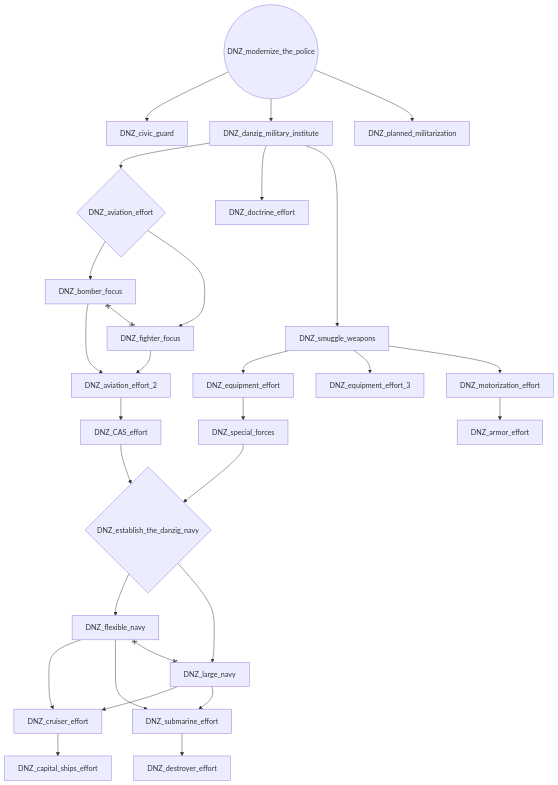
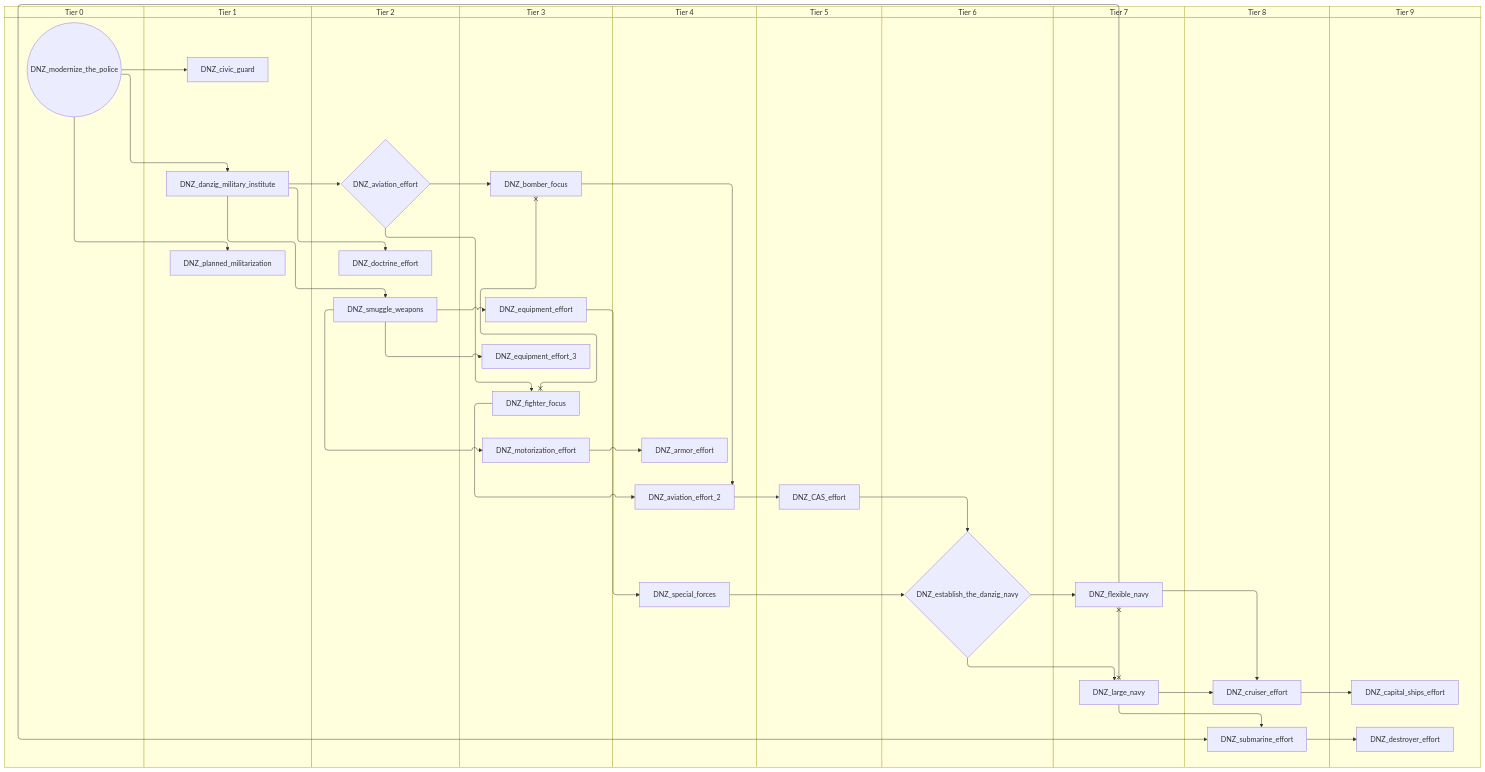
Before and after one commit to evgeny-sobol/hoi4-sandbox-mode-r56: the third of 3 diagrams in docs/gdd/National Focuses/Danzig.md, drawn with Mermaid. The commit also changed other lines of this file and 423 other files, not shown here.

First line of the commit message:
Re-export Rt56 focus trees as swimlane diagrams

````diff
--- a/docs/gdd/National Focuses/Danzig.md
+++ b/docs/gdd/National Focuses/Danzig.md
@@ -55,54 +79,74 @@
 ```mermaid
-flowchart TD
-    n20["DNZ_CAS_effort"]
-    n21["DNZ_armor_effort"]
-    n22{"DNZ_aviation_effort"}
-    n23["DNZ_aviation_effort_2"]
-    n24["DNZ_bomber_focus"]
-    n25["DNZ_capital_ships_effort"]
-    n26["DNZ_civic_guard"]
-    n27["DNZ_cruiser_effort"]
-    n28["DNZ_danzig_military_institute"]
-    n29["DNZ_destroyer_effort"]
-    n30["DNZ_doctrine_effort"]
-    n31["DNZ_equipment_effort"]
-    n32["DNZ_equipment_effort_3"]
-    n33{"DNZ_establish_the_danzig_navy"}
-    n34["DNZ_fighter_focus"]
-    n35["DNZ_flexible_navy"]
-    n36["DNZ_large_navy"]
-    n37(("DNZ_modernize_the_police"))
-    n38["DNZ_motorization_effort"]
-    n39["DNZ_planned_militarization"]
-    n40["DNZ_smuggle_weapons"]
-    n41["DNZ_special_forces"]
-    n42["DNZ_submarine_effort"]
-    n23 --> n20
-    n38 --> n21
-    n28 --> n22
-    n24 --> n23
-    n34 --> n23
+swimlane-beta TD
+    subgraph tier_0["Tier 0"]
+        n20(("DNZ_modernize_the_police"))
+    end
+    subgraph tier_1["Tier 1"]
+        n21["DNZ_civic_guard"]
+        n22["DNZ_danzig_military_institute"]
+        n23["DNZ_planned_militarization"]
+    end
+    subgraph tier_2["Tier 2"]
+        n24{"DNZ_aviation_effort"}
+        n25["DNZ_doctrine_effort"]
+        n26["DNZ_smuggle_weapons"]
+    end
+    subgraph tier_3["Tier 3"]
+        n27["DNZ_bomber_focus"]
+        n28["DNZ_equipment_effort"]
+        n29["DNZ_equipment_effort_3"]
+        n30["DNZ_fighter_focus"]
+        n31["DNZ_motorization_effort"]
+    end
+    subgraph tier_4["Tier 4"]
+        n32["DNZ_armor_effort"]
+        n33["DNZ_aviation_effort_2"]
+        n34["DNZ_special_forces"]
+    end
+    subgraph tier_5["Tier 5"]
+        n35["DNZ_CAS_effort"]
+    end
+    subgraph tier_6["Tier 6"]
+        n36{"DNZ_establish_the_danzig_navy"}
+    end
+    subgraph tier_7["Tier 7"]
+        n37["DNZ_flexible_navy"]
+        n38["DNZ_large_navy"]
+    end
+    subgraph tier_8["Tier 8"]
+        n39["DNZ_cruiser_effort"]
+        n40["DNZ_submarine_effort"]
+    end
+    subgraph tier_9["Tier 9"]
+        n41["DNZ_capital_ships_effort"]
+        n42["DNZ_destroyer_effort"]
+    end
+    n33 --> n35
+    n31 --> n32
     n22 --> n24
-    n27 --> n25
-    n37 --> n26
-    n36 --> n27
-    n35 --> n27
-    n37 --> n28
-    n42 --> n29
-    n28 --> n30
-    n40 --> n31
-    n40 --> n32
-    n41 --> n33
-    n20 --> n33
-    n22 --> n34
-    n33 --> n35
-    n33 --> n36
-    n40 --> n38
+    n27 --> n33
+    n30 --> n33
+    n24 --> n27
+    n39 --> n41
+    n20 --> n21
+    n38 --> n39
     n37 --> n39
-    n28 --> n40
-    n31 --> n41
-    n35 --> n42
-    n36 --> n42
-    n24 x--x n34
-    n35 x--x n36
+    n20 --> n22
+    n40 --> n42
+    n22 --> n25
+    n26 --> n28
+    n26 --> n29
+    n34 --> n36
+    n35 --> n36
+    n24 --> n30
+    n36 --> n37
+    n36 --> n38
+    n26 --> n31
+    n20 --> n23
+    n22 --> n26
+    n28 --> n34
+    n37 --> n40
+    n38 --> n40
+    n27 x--x n30
+    n37 x--x n38
 ```
````
